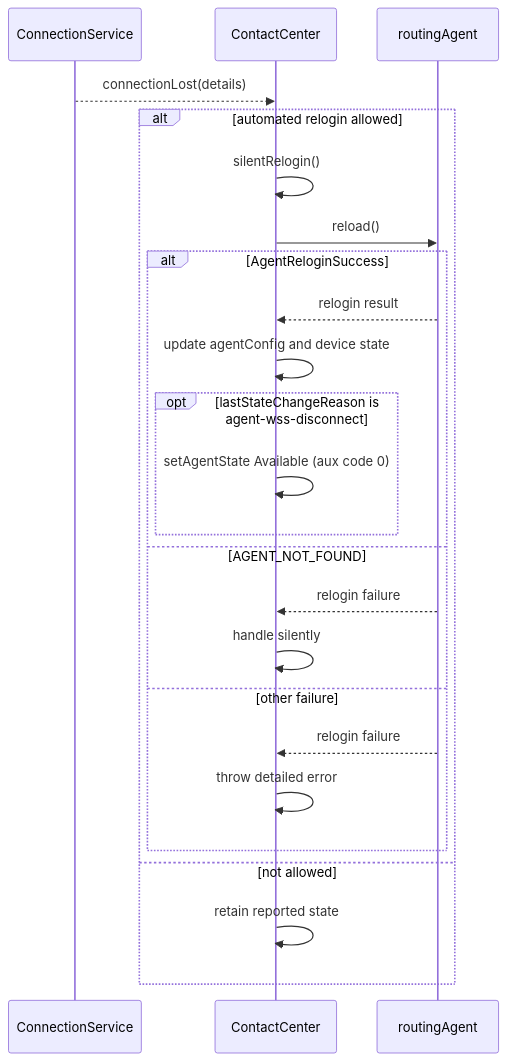
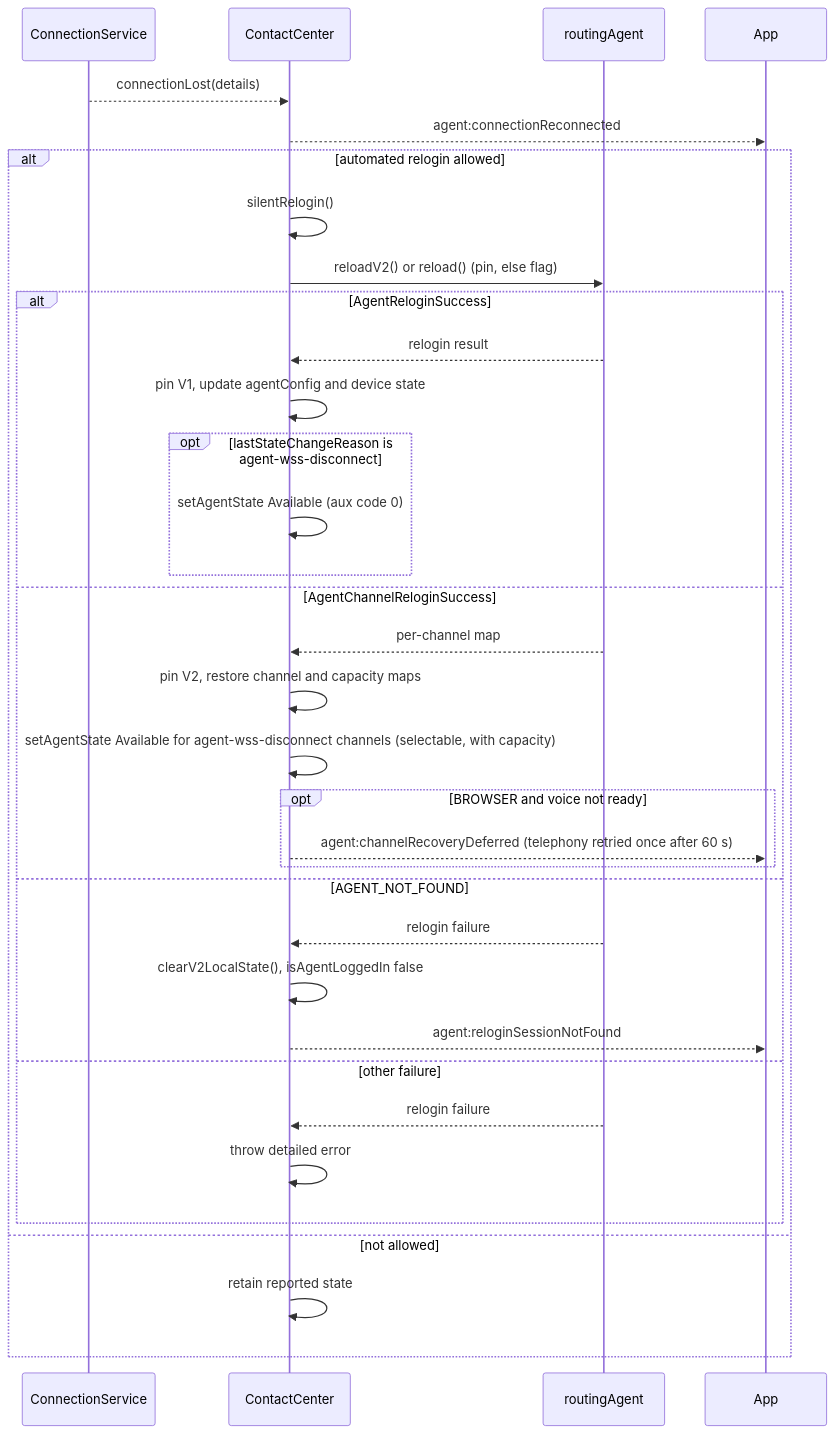
The fifth of 7 diagrams in packages/@webex/contact-center/src/services/agent/docs/README.md (webex/webex-js-sdk), drawn with Mermaid before and after one commit. The commit also changed other lines of this file and 40 other files, not shown here.

First line of the commit message:
feat(contact-center): add V2 granular agent state, pinned per session

````diff
--- a/packages/@webex/contact-center/src/services/agent/docs/README.md
+++ b/packages/@webex/contact-center/src/services/agent/docs/README.md
@@ -468,26 +512,36 @@
 ```mermaid
 sequenceDiagram
   participant CS as ConnectionService
   participant CC as ContactCenter
   participant Agent as routingAgent
+  participant App
   CS-->>CC: connectionLost(details)
+  CC-->>App: agent:connectionReconnected
   alt automated relogin allowed
     CC->>CC: silentRelogin()
-    CC->>Agent: reload()
+    CC->>Agent: reloadV2() or reload() (pin, else flag)
     alt AgentReloginSuccess
       Agent-->>CC: relogin result
-      CC->>CC: update agentConfig and device state
+      CC->>CC: pin V1, update agentConfig and device state
       opt lastStateChangeReason is agent-wss-disconnect
         CC->>CC: setAgentState Available (aux code 0)
       end
+    else AgentChannelReloginSuccess
+      Agent-->>CC: per-channel map
+      CC->>CC: pin V2, restore channel and capacity maps
+      CC->>CC: setAgentState Available for agent-wss-disconnect channels (selectable, with capacity)
+      opt BROWSER and voice not ready
+        CC-->>App: agent:channelRecoveryDeferred (telephony retried once after 60 s)
+      end
     else AGENT_NOT_FOUND
       Agent-->>CC: relogin failure
-      CC->>CC: handle silently
+      CC->>CC: clearV2LocalState(), isAgentLoggedIn false
+      CC-->>App: agent:reloginSessionNotFound
     else other failure
       Agent-->>CC: relogin failure
       CC->>CC: throw detailed error
     end
   else not allowed
     CC->>CC: retain reported state
   end
 ```
````
